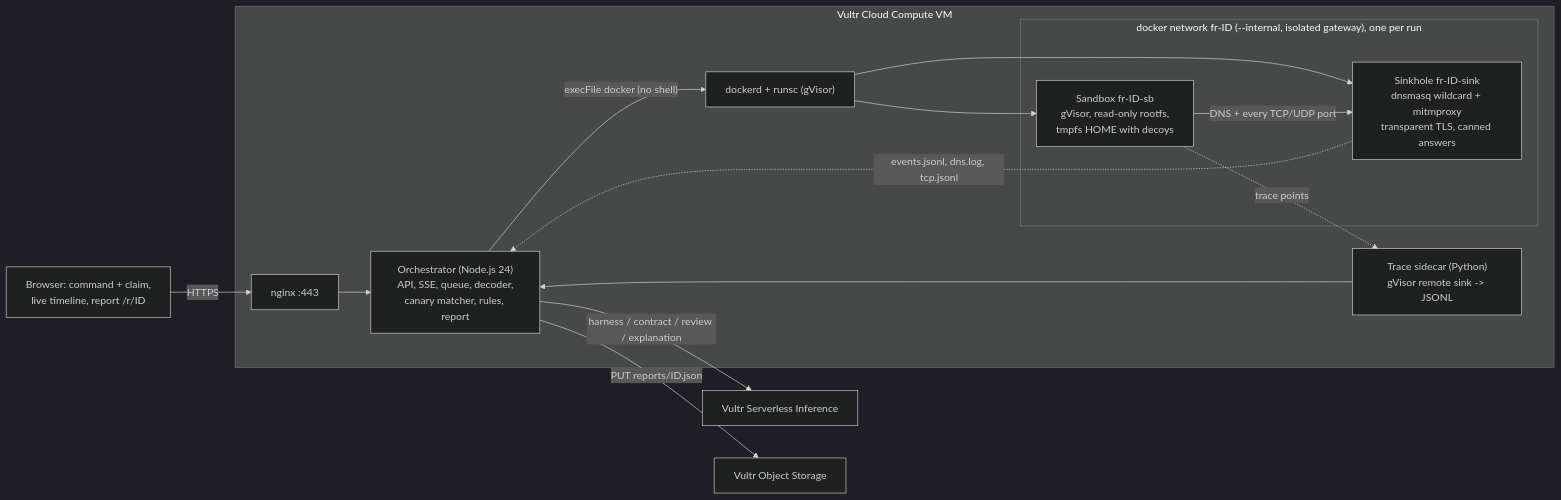
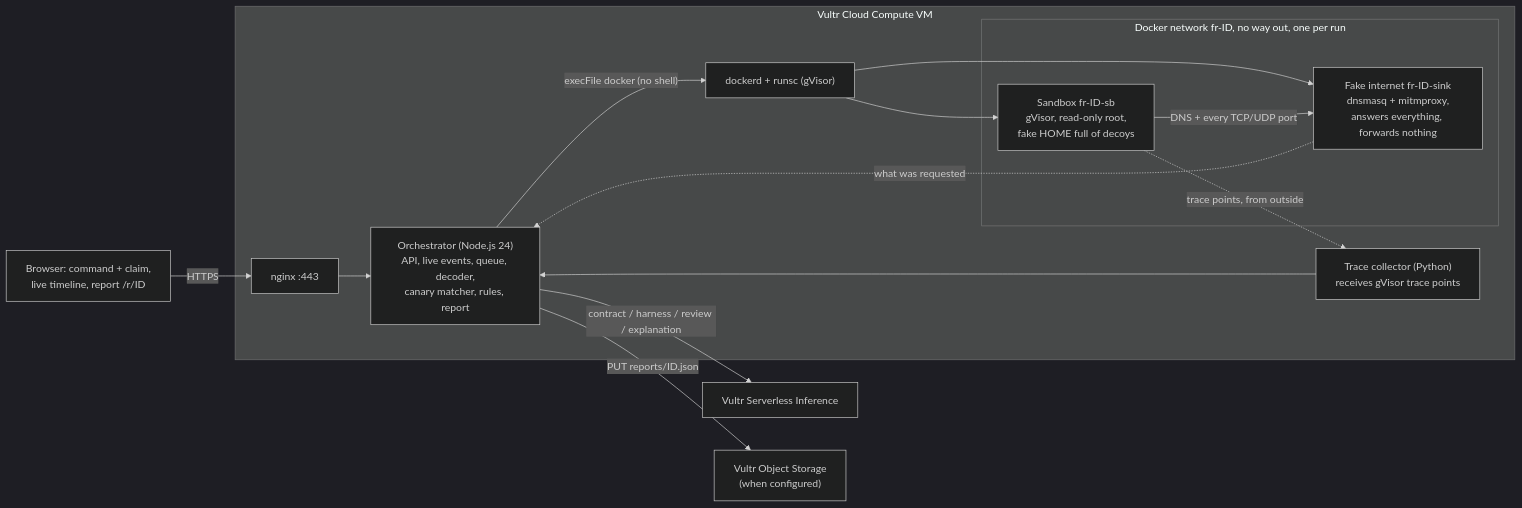
Before and after one commit to hamzahmisbach/firstrun: the diagram in README.md, drawn with Mermaid (dark theme). The commit also changed other lines of this file and 6 other files, not shown here.

````diff
--- a/README.md
+++ b/README.md
@@ -26,25 +101,25 @@
 ```mermaid
 flowchart LR
   U["Browser: command + claim,<br/>live timeline, report /r/ID"]
   subgraph VM["Vultr Cloud Compute VM"]
     C["nginx :443"]
-    O["Orchestrator (Node.js 24)<br/>API, SSE, queue, decoder,<br/>canary matcher, rules, report"]
-    G["Trace sidecar (Python)<br/>gVisor remote sink -> JSONL"]
+    O["Orchestrator (Node.js 24)<br/>API, live events, queue, decoder,<br/>canary matcher, rules, report"]
+    G["Trace collector (Python)<br/>receives gVisor trace points"]
     D["dockerd + runsc (gVisor)"]
-    subgraph NET["docker network fr-ID (--internal, isolated gateway), one per run"]
-      SB["Sandbox fr-ID-sb<br/>gVisor, read-only rootfs,<br/>tmpfs HOME with decoys"]
-      SK["Sinkhole fr-ID-sink<br/>dnsmasq wildcard + mitmproxy<br/>transparent TLS, canned answers"]
+    subgraph NET["Docker network fr-ID, no way out, one per run"]
+      SB["Sandbox fr-ID-sb<br/>gVisor, read-only root,<br/>fake HOME full of decoys"]
+      SK["Fake internet fr-ID-sink<br/>dnsmasq + mitmproxy,<br/>answers everything, forwards nothing"]
     end
   end
   VI["Vultr Serverless Inference"]
-  OS["Vultr Object Storage"]
+  OS["Vultr Object Storage<br/>(when configured)"]
   U -->|HTTPS| C --> O
   O -->|"execFile docker (no shell)"| D
   D --> SB
   D --> SK
   SB -->|"DNS + every TCP/UDP port"| SK
-  SK -.->|"events.jsonl, dns.log, tcp.jsonl"| O
-  SB -.->|"trace points"| G --> O
-  O -->|"harness / contract / review / explanation"| VI
+  SK -.->|"what was requested"| O
+  SB -.->|"trace points, from outside"| G --> O
+  O -->|"contract / harness / review / explanation"| VI
   O -->|"PUT reports/ID.json"| OS
 ```
````
